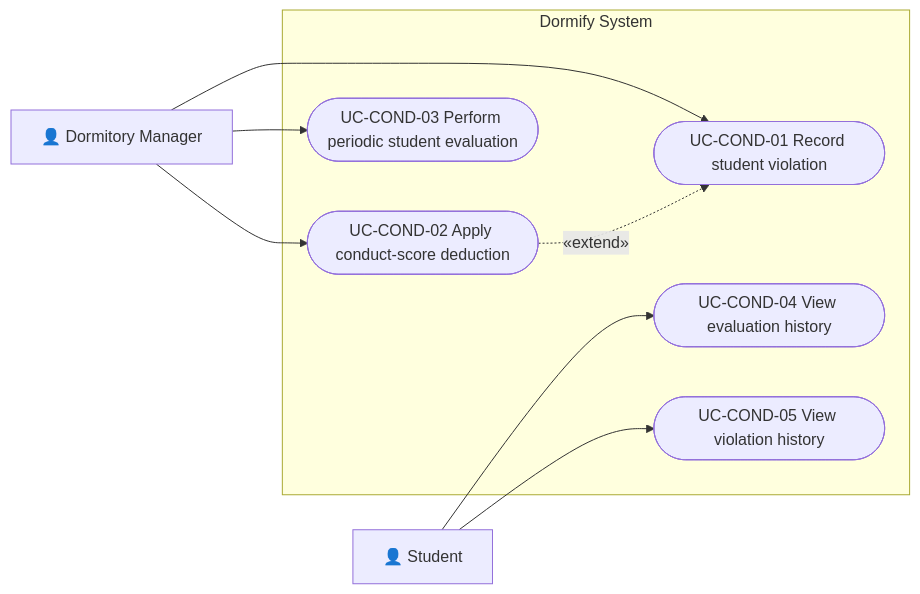
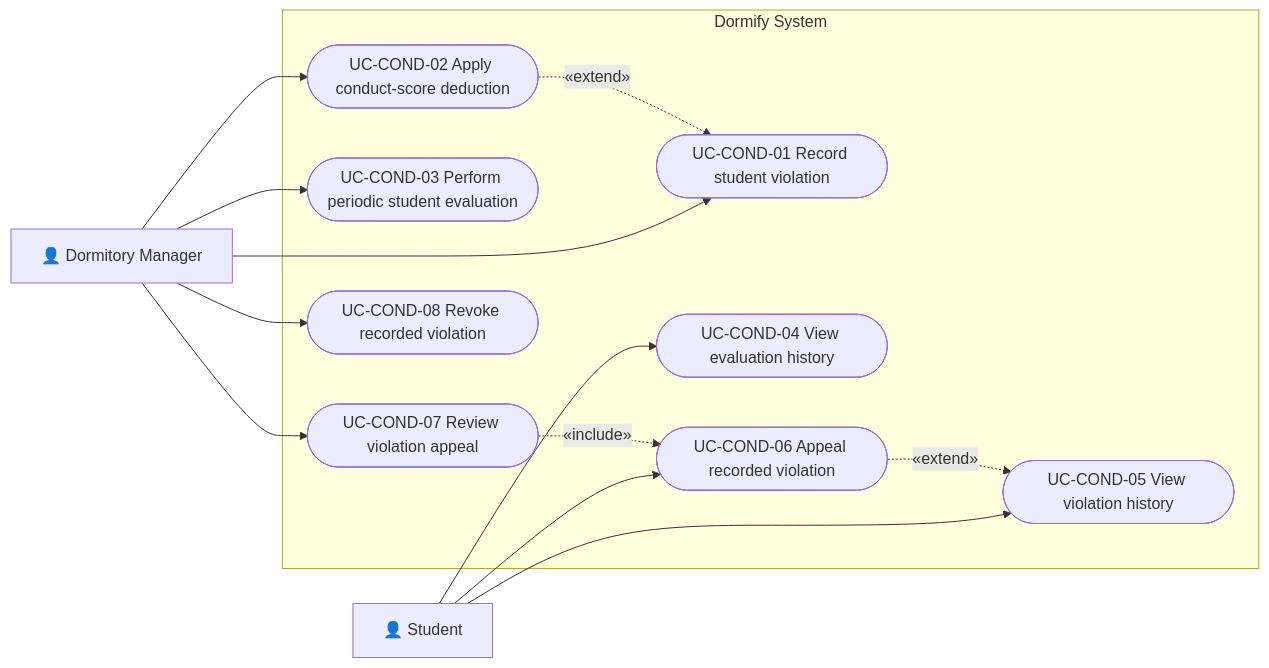
One commit to ddanh2436/Domitory_Management_Docs changed diagram 11 of 13 in PA3/documents/Use Case Model.md. Above: the diagram before and after it, drawn with Mermaid. The commit also changed other lines of this file and 10 other files, not shown here.

````diff
--- a/PA3/documents/Use Case Model.md
+++ b/PA3/documents/Use Case Model.md
@@ -534,22 +536,30 @@
 ```mermaid
 flowchart LR
     Student["👤 Student"]
     DormManager["👤 Dormitory Manager"]
 
     subgraph Dormify["Dormify System"]
         UCC01(["UC-COND-01 Record student violation"])
         UCC02(["UC-COND-02 Apply conduct-score deduction"])
         UCC03(["UC-COND-03 Perform periodic student evaluation"])
         UCC04(["UC-COND-04 View evaluation history"])
         UCC05(["UC-COND-05 View violation history"])
+        UCC06(["UC-COND-06 Appeal recorded violation"])
+        UCC07(["UC-COND-07 Review violation appeal"])
+        UCC08(["UC-COND-08 Revoke recorded violation"])
     end
 
     DormManager --> UCC01
     DormManager --> UCC02
     DormManager --> UCC03
+    DormManager --> UCC07
+    DormManager --> UCC08
 
     Student --> UCC04
     Student --> UCC05
+    Student --> UCC06
 
     UCC02 -.->|«extend»| UCC01
+    UCC06 -.->|«extend»| UCC05
+    UCC07 -.->|«include»| UCC06
 ```
````
